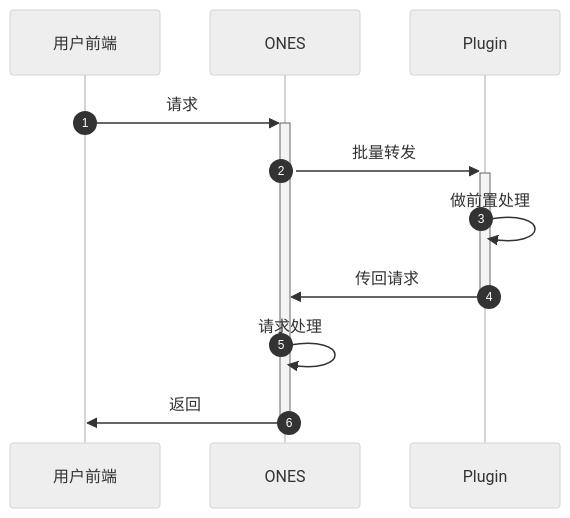
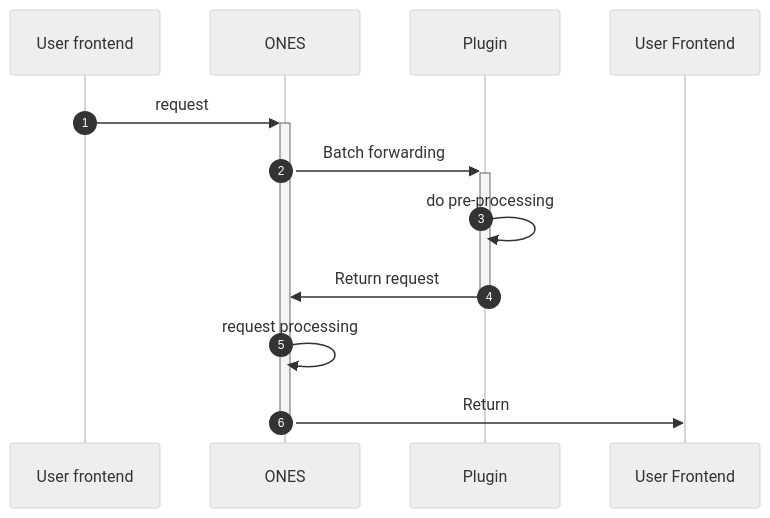
Before and after one commit to run-nan/open-docs: the diagram in docs/abilities/business/ONES-API/ONES-API-Intercept.md, drawn with Mermaid (neutral theme). The commit also changed other lines of this file and 3 other files, not shown here.

````diff
--- a/docs/abilities/business/ONES-API/ONES-API-Intercept.md
+++ b/docs/abilities/business/ONES-API/ONES-API-Intercept.md
@@ -30,10 +30,10 @@
 ```mermaid
 sequenceDiagram
-    autonumber
-    用户前端->>+ONES: 请求
-    ONES->>+Plugin: 批量转发
-    Plugin->>Plugin: 做前置处理
-    Plugin->>-ONES: 传回请求
-    ONES->>ONES: 请求处理
-    ONES->>-用户前端: 返回
+     autonumber
+     User frontend->>+ONES: request
+     ONES->>+Plugin: Batch forwarding
+     Plugin->>Plugin: do pre-processing
+     Plugin->>-ONES: Return request
+     ONES->>ONES: request processing
+     ONES->>-User Frontend: Return
 ```
````
